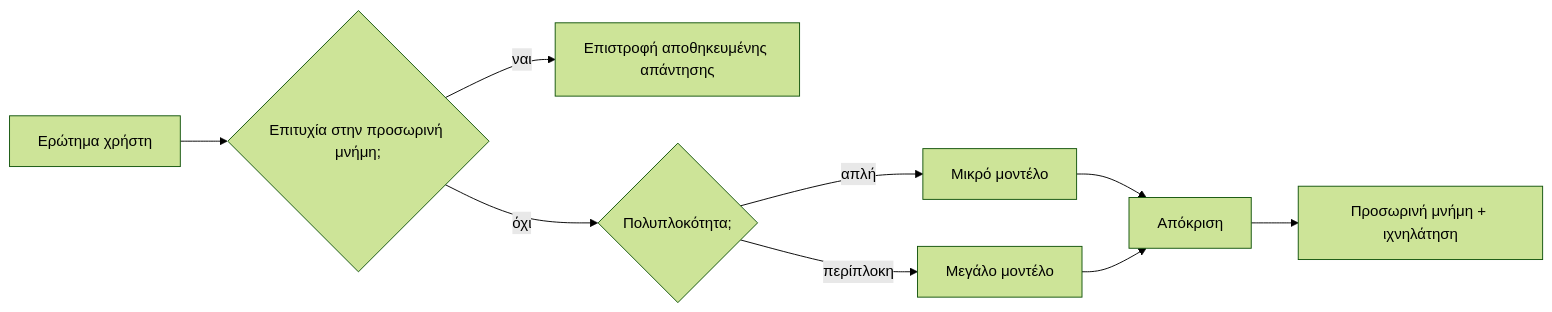
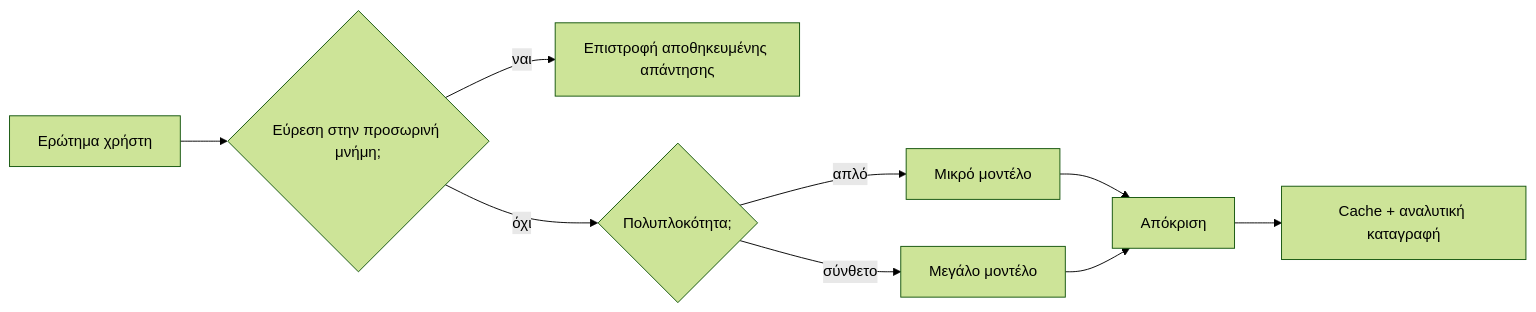
Before and after one commit to microsoft/ai-agents-for-beginners: the third of 4 diagrams in translations/el/16-deploying-scalable-agents/README.md, drawn with Mermaid (forest theme). The commit also changed other lines of this file and 46 other files, not shown here.

````diff
--- a/translations/el/16-deploying-scalable-agents/README.md
+++ b/translations/el/16-deploying-scalable-agents/README.md
@@ -134,11 +134,11 @@
 ```mermaid
 flowchart LR
-    Q[Ερώτημα χρήστη] --> C{Επιτυχία στην προσωρινή μνήμη;}
+    Q[Ερώτημα χρήστη] --> C{Εύρεση στην προσωρινή μνήμη;}
     C -->|ναι| R[Επιστροφή αποθηκευμένης απάντησης]
     C -->|όχι| Router{Πολυπλοκότητα;}
-    Router -->|απλή| SLM[Μικρό μοντέλο]
-    Router -->|περίπλοκη| LLM[Μεγάλο μοντέλο]
+    Router -->|απλό| SLM[Μικρό μοντέλο]
+    Router -->|σύνθετο| LLM[Μεγάλο μοντέλο]
     SLM --> Out[Απόκριση]
     LLM --> Out
-    Out --> Store[Προσωρινή μνήμη + ιχνηλάτηση]
+    Out --> Store[Cache + αναλυτική καταγραφή]
 ```
````
